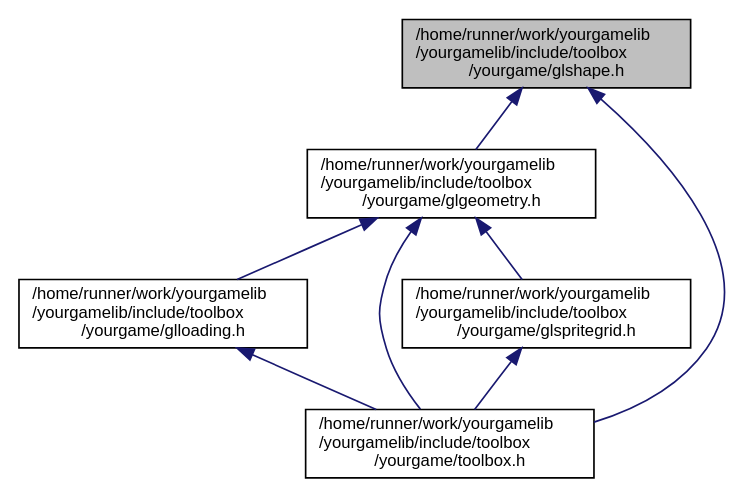
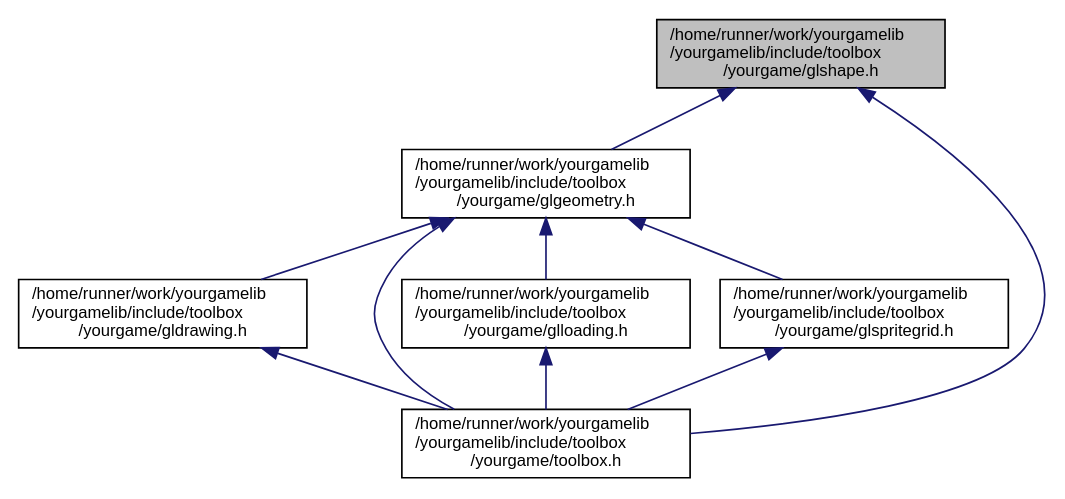
Before and after one commit to duddel/yourgamelib: the diagram in glshape_8h__dep__incl.dot, drawn with Graphviz. The commit also changed 50 other files, not shown here.

```diff
--- a/glshape_8h__dep__incl.dot
+++ b/glshape_8h__dep__incl.dot
@@ -1,17 +1,20 @@
 digraph "/home/runner/work/yourgamelib/yourgamelib/include/toolbox/yourgame/glshape.h"
 {
   edge [fontname="Helvetica",fontsize="10",labelfontname="Helvetica",labelfontsize="10"];
   node [fontname="Helvetica",fontsize="10",shape=record];
   Node4 [label="/home/runner/work/yourgamelib\l/yourgamelib/include/toolbox\l/yourgame/glshape.h",height=0.2,width=0.4,color="black", fillcolor="grey75", style="filled", fontcolor="black"];
   Node4 -> Node5 [dir="back",color="midnightblue",fontsize="10",style="solid",fontname="Helvetica"];
   Node5 [label="/home/runner/work/yourgamelib\l/yourgamelib/include/toolbox\l/yourgame/glgeometry.h",height=0.2,width=0.4,color="black", fillcolor="white", style="filled",URL="$glgeometry_8h.html"];
   Node5 -> Node6 [dir="back",color="midnightblue",fontsize="10",style="solid",fontname="Helvetica"];
-  Node6 [label="/home/runner/work/yourgamelib\l/yourgamelib/include/toolbox\l/yourgame/glloading.h",height=0.2,width=0.4,color="black", fillcolor="white", style="filled",URL="$glloading_8h.html"];
+  Node6 [label="/home/runner/work/yourgamelib\l/yourgamelib/include/toolbox\l/yourgame/gldrawing.h",height=0.2,width=0.4,color="black", fillcolor="white", style="filled",URL="$gldrawing_8h.html"];
   Node6 -> Node7 [dir="back",color="midnightblue",fontsize="10",style="solid",fontname="Helvetica"];
   Node7 [label="/home/runner/work/yourgamelib\l/yourgamelib/include/toolbox\l/yourgame/toolbox.h",height=0.2,width=0.4,color="black", fillcolor="white", style="filled",URL="$toolbox_8h.html"];
   Node5 -> Node8 [dir="back",color="midnightblue",fontsize="10",style="solid",fontname="Helvetica"];
-  Node8 [label="/home/runner/work/yourgamelib\l/yourgamelib/include/toolbox\l/yourgame/glspritegrid.h",height=0.2,width=0.4,color="black", fillcolor="white", style="filled",URL="$glspritegrid_8h.html"];
+  Node8 [label="/home/runner/work/yourgamelib\l/yourgamelib/include/toolbox\l/yourgame/glloading.h",height=0.2,width=0.4,color="black", fillcolor="white", style="filled",URL="$glloading_8h.html"];
   Node8 -> Node7 [dir="back",color="midnightblue",fontsize="10",style="solid",fontname="Helvetica"];
+  Node5 -> Node9 [dir="back",color="midnightblue",fontsize="10",style="solid",fontname="Helvetica"];
+  Node9 [label="/home/runner/work/yourgamelib\l/yourgamelib/include/toolbox\l/yourgame/glspritegrid.h",height=0.2,width=0.4,color="black", fillcolor="white", style="filled",URL="$glspritegrid_8h.html"];
+  Node9 -> Node7 [dir="back",color="midnightblue",fontsize="10",style="solid",fontname="Helvetica"];
   Node5 -> Node7 [dir="back",color="midnightblue",fontsize="10",style="solid",fontname="Helvetica"];
   Node4 -> Node7 [dir="back",color="midnightblue",fontsize="10",style="solid",fontname="Helvetica"];
 }
```
